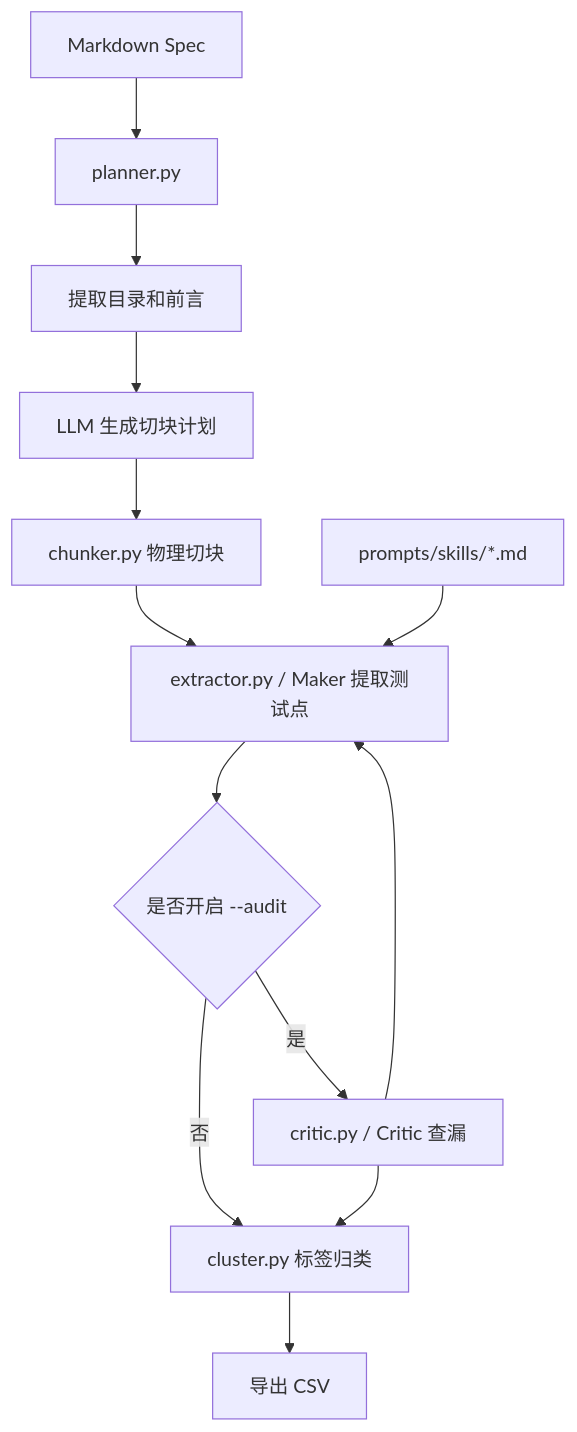
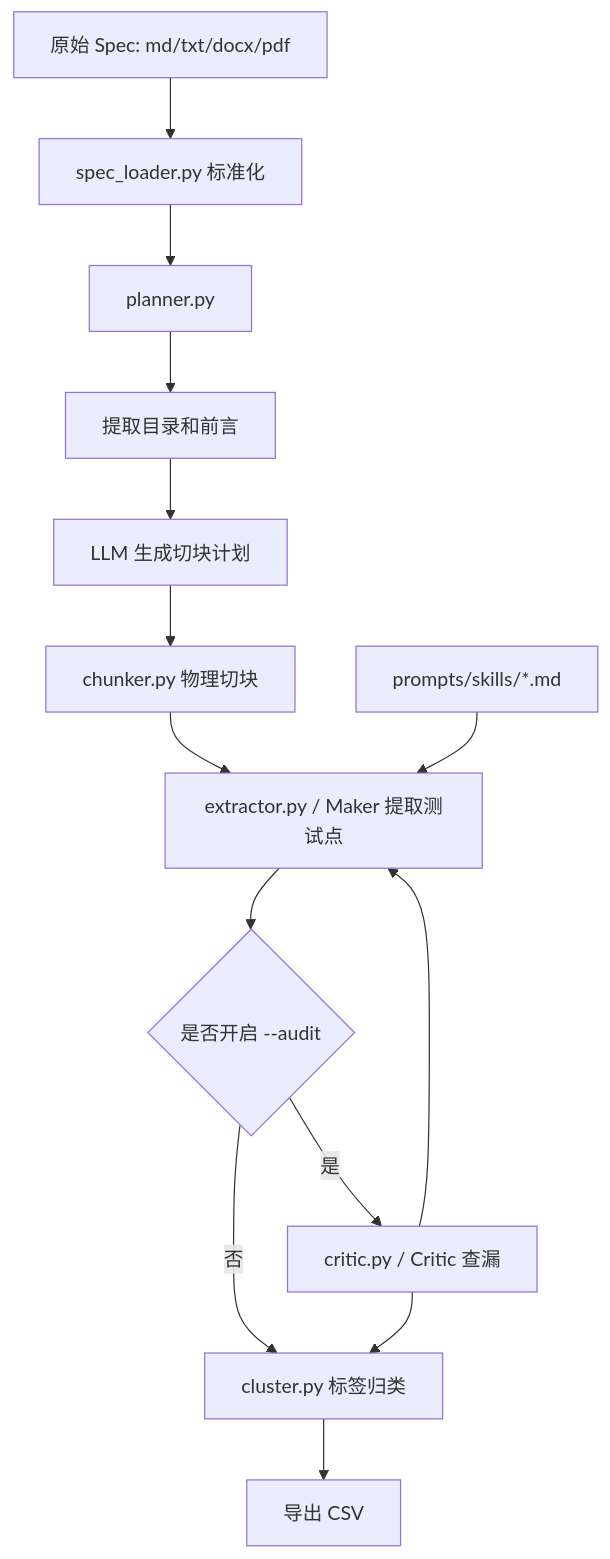
One commit to yyou-light/dv-spec2testplan-agent changed the diagram in docs/USER_MANUAL.md. Above: the diagram before and after it, drawn with Mermaid. The commit also changed other lines of this file and 6 other files, not shown here.

````diff
--- a/docs/USER_MANUAL.md
+++ b/docs/USER_MANUAL.md
@@ -41,15 +47,16 @@
 ```mermaid
 flowchart TD
-    A["Markdown Spec"] --> B["planner.py"]
+    A["原始 Spec: md/txt/docx/pdf"] --> L["spec_loader.py 标准化"]
+    L --> B["planner.py"]
     B --> C["提取目录和前言"]
     C --> D["LLM 生成切块计划"]
     D --> E["chunker.py 物理切块"]
     E --> F["extractor.py / Maker 提取测试点"]
     F --> G{"是否开启 --audit"}
     G -- 是 --> H["critic.py / Critic 查漏"]
     H --> F
     G -- 否 --> I["cluster.py 标签归类"]
     H --> I
     I --> J["导出 CSV"]
     K["prompts/skills/*.md"] --> F
 ```
````
